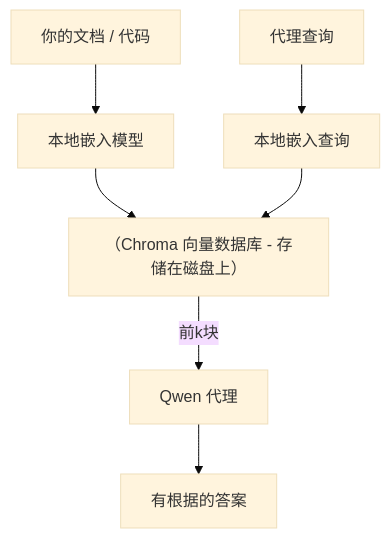
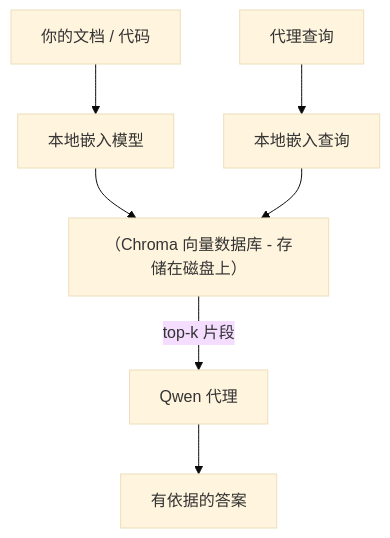
One commit to microsoft/ai-agents-for-beginners changed the third of 4 diagrams in translations/zh-CN/17-creating-local-ai-agents/README.md. Above: the diagram before and after it, drawn with Mermaid (base theme). The commit also changed other lines of this file and 47 other files, not shown here.

````diff
--- a/translations/zh-CN/17-creating-local-ai-agents/README.md
+++ b/translations/zh-CN/17-creating-local-ai-agents/README.md
@@ -125,9 +125,9 @@
 ```mermaid
 flowchart TB
     D[你的文档 / 代码] --> E[本地嵌入模型]
     E --> V[（Chroma 向量数据库 - 存储在磁盘上）]
     Q[代理查询] --> QE[本地嵌入查询]
     QE --> V
-    V -->|前k块| A[Qwen 代理]
-    A --> Ans[有根据的答案]
+    V -->|top-k 片段| A[Qwen 代理]
+    A --> Ans[有依据的答案]
 ```
````
